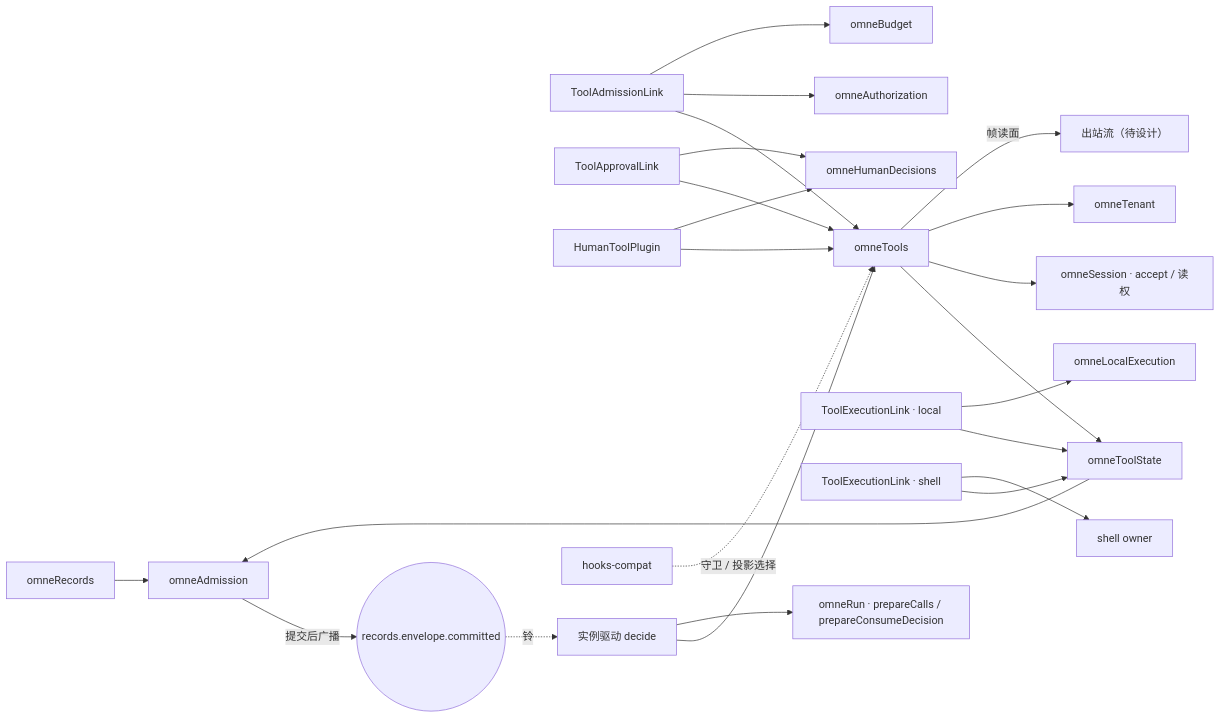
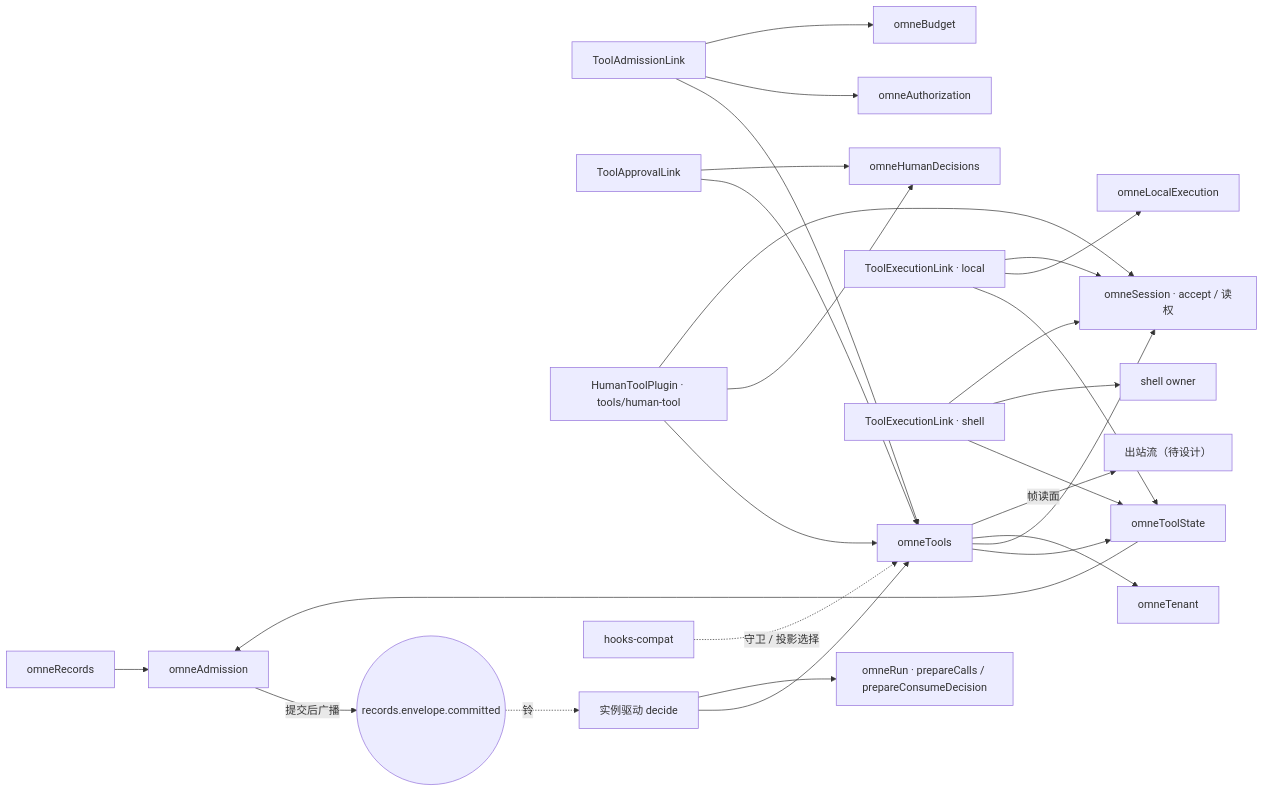
Before and after one commit to nemori-ai/omne-harness-lite: the first of 2 diagrams in docs/proposals/tool-execution/cordis.md, drawn with Mermaid. The commit also changed other lines of this file and 20 other files, not shown here.

````diff
--- a/docs/proposals/tool-execution/cordis.md
+++ b/docs/proposals/tool-execution/cordis.md
@@ -26,25 +26,28 @@
 ```mermaid
 flowchart LR
     REC[omneRecords] --> ADM[omneAdmission]
     ADM -- 提交后广播 --> BUS((records.envelope.committed))
     TS[omneToolState] --> ADM
     TL[omneTools] --> TS
     TL --> SES[omneSession · accept / 读权]
     TL --> TEN[omneTenant]
     AL[ToolAdmissionLink] --> TL
     AL --> AU[omneAuthorization]
     AL --> BG[omneBudget]
     PL[ToolApprovalLink] --> TL
     PL --> HD[omneHumanDecisions]
     EL1[ToolExecutionLink · local] --> TS
     EL1 --> LE[omneLocalExecution]
+    EL1 --> SES
     EL2[ToolExecutionLink · shell] --> TS
     EL2 --> SH[shell owner]
-    HT[HumanToolPlugin] --> TL
+    EL2 --> SES
+    HT[HumanToolPlugin · tools/human-tool] --> TL
     HT --> HD
+    HT --> SES
     DRV[实例驱动 decide] --> TL
     DRV --> RUN[omneRun · prepareCalls / prepareConsumeDecision]
     HK[hooks-compat] -. 守卫 / 投影选择 .-> TL
     BUS -. 铃 .-> DRV
     TL -- 帧读面 --> OUT[出站流（待设计）]
 ```
````
